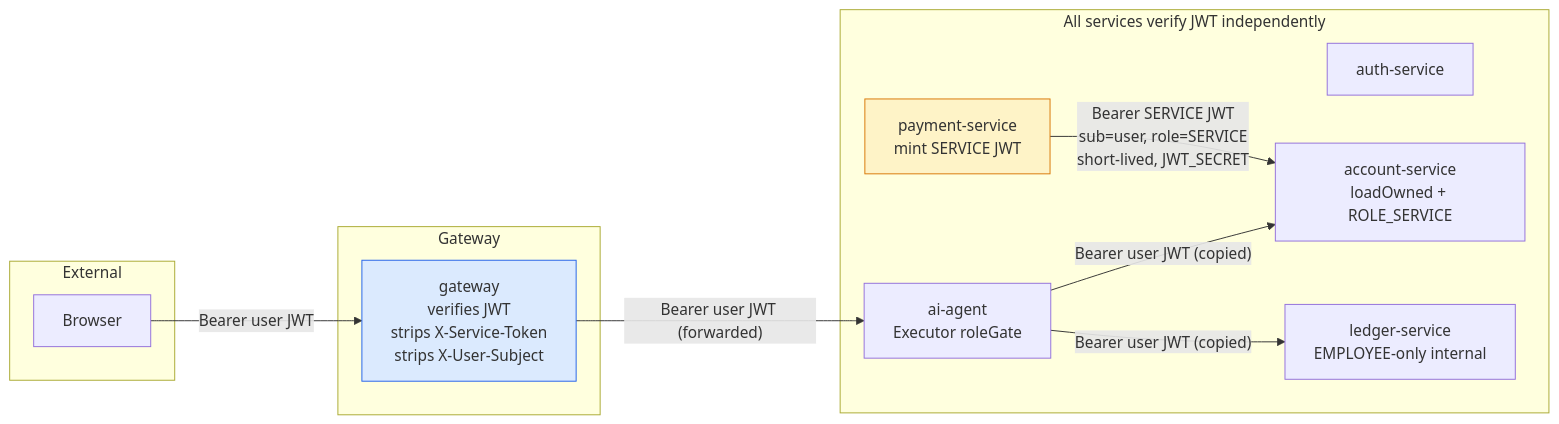
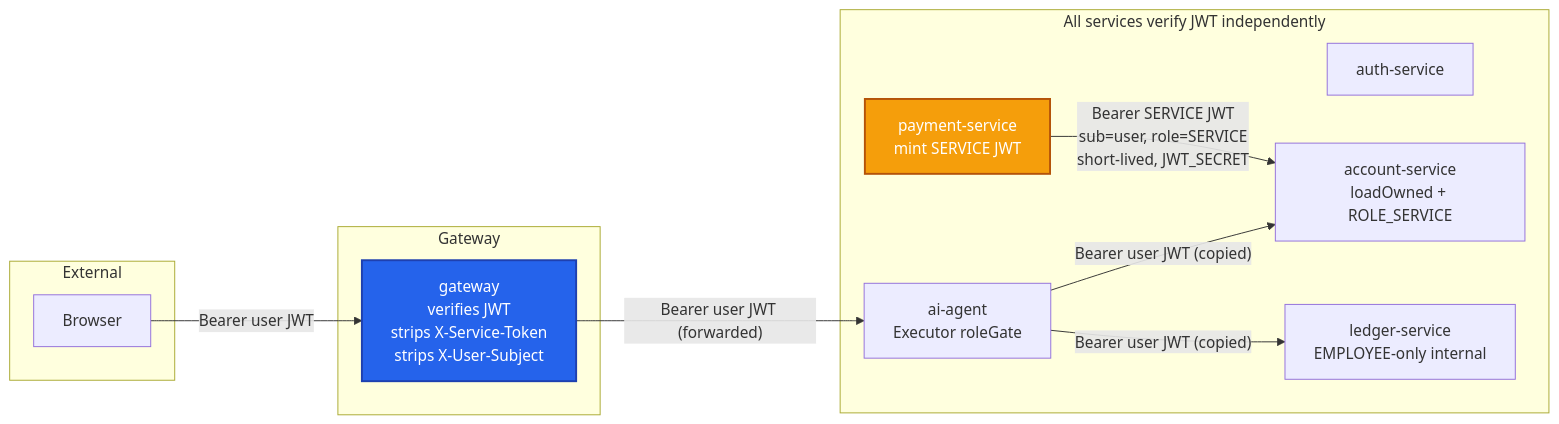
The second of 5 diagrams in docs/architecture.md (donyelqt/reagentic-banking-agent), drawn with Mermaid before and after one commit. The commit also changed other lines of this file, not shown here.

First line of the commit message:
docs: saturate Mermaid colors and make text white for contrast

````diff
--- a/docs/architecture.md
+++ b/docs/architecture.md
@@ -49,24 +49,24 @@
 ```mermaid
 graph LR
     subgraph External
         FE[Browser]
     end
     subgraph Gateway
         GW2[gateway<br/>verifies JWT<br/>strips X-Service-Token<br/>strips X-User-Subject]
     end
     subgraph Services["All services verify JWT independently"]
         A1[auth-service]
         A2[account-service<br/>loadOwned + ROLE_SERVICE]
         A3[payment-service<br/>mint SERVICE JWT]
         A4[ledger-service<br/>EMPLOYEE-only internal]
         A5[ai-agent<br/>Executor roleGate]
     end
     FE -->|Bearer user JWT| GW2
     GW2 -->|"Bearer user JWT (forwarded)"| A5
     A5 -->|"Bearer user JWT (copied)"| A2
     A5 -->|"Bearer user JWT (copied)"| A4
     A3 -->|"Bearer SERVICE JWT<br/>sub=user, role=SERVICE<br/>short-lived, JWT_SECRET"| A2
 
-    style A3 fill:#fef3c7,stroke:#d97706
-    style GW2 fill:#dbeafe,stroke:#2563eb
+    style A3 fill:#f59e0b,stroke:#b45309,color:#fff,stroke-width:2px
+    style GW2 fill:#2563eb,stroke:#1e40af,color:#fff,stroke-width:2px
 ```
````
